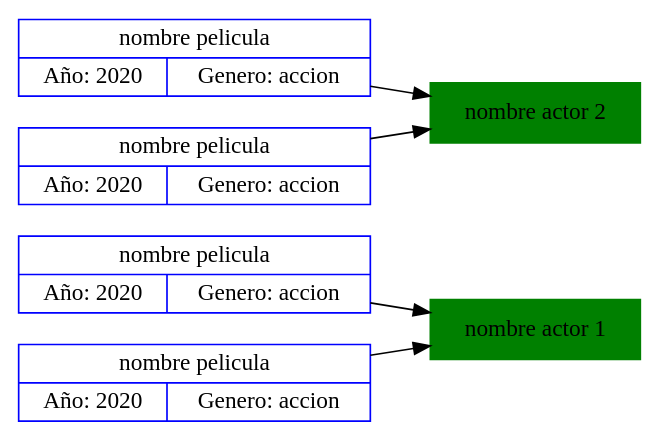
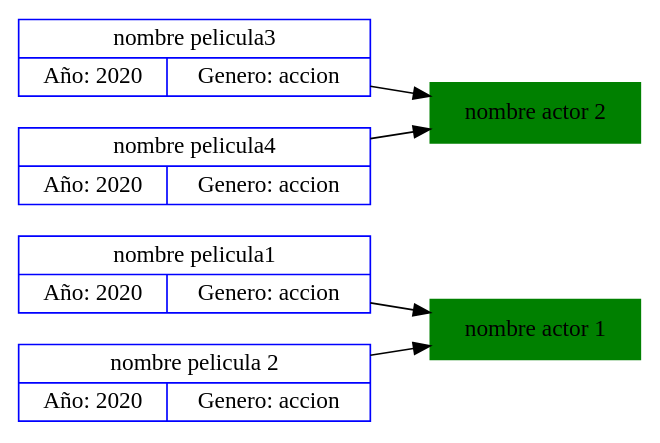
The diagram in grafica.dot (abnerMN/LFP_201801027), drawn with Graphviz before and after one commit. The commit also changed 6 other files, not shown here.

```diff
--- a/grafica.dot
+++ b/grafica.dot
@@ -1,50 +1,52 @@
 #plantilla
 #orientaciones LR TB BT RL
 digraph {
     rankdir = LR
 
 pelicula1[
-    shape="record", label="nombre pelicula|{Año: 2020 |  Genero: accion}",
+    shape="record", label="nombre pelicula1|{Año: 2020 |  Genero: accion}",
     color= blue, 
 ]
 
 pelicula2[
-    shape="record", label="nombre pelicula |{Año: 2020 |  Genero: accion}",
+    shape="record", label="nombre pelicula 2|{Año: 2020 |  Genero: accion}",
     color= blue, 
     
 
 ]
 
 actor[shape="box", color=green, style=filled
 label="nombre actor 1"
 ]
 
 
 pelicula3[
-    shape="record", label="nombre pelicula|{Año: 2020 |  Genero: accion}",
+    shape="record", label="nombre pelicula3|{Año: 2020 |  Genero: accion}",
     color= blue, 
 ]
 
 pelicula4[
-    shape="record", label="nombre pelicula |{Año: 2020 |  Genero: accion}",
+    shape="record", label="nombre pelicula4 |{Año: 2020 |  Genero: accion}",
     color= blue, 
 
 ]
 
 actor2[shape="box", color=green, style=filled
 label="nombre actor 2"
 ]
 
 
-pelicula3 -> actor2
-pelicula4 -> actor2
+
 
 pelicula1-> actor
 pelicula2 -> actor
+
+pelicula3 -> actor2
+pelicula4 -> actor2
 
 
 
 
 
 
 }
```
